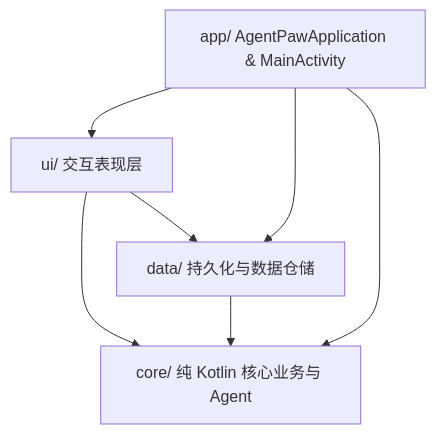
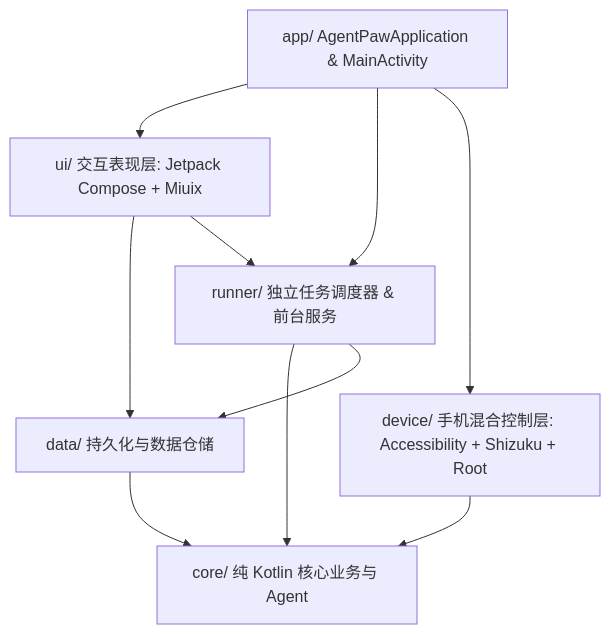
Before and after one commit to YHLFurry/AgentPaw: the first of 2 diagrams in docs/AGENT_AUDIT_AND_ROADMAP.md, drawn with Mermaid. The commit also changed other lines of this file and 41 other files, not shown here.

````diff
--- a/docs/AGENT_AUDIT_AND_ROADMAP.md
+++ b/docs/AGENT_AUDIT_AND_ROADMAP.md
@@ -11,9 +10,12 @@
 ```mermaid
 graph TD
-    UI[ui/ 交互表现层] --> DATA[data/ 持久化与数据仓储]
-    UI --> CORE[core/ 纯 Kotlin 核心业务与 Agent]
+    UI[ui/ 交互表现层: Jetpack Compose + Miuix] --> DATA[data/ 持久化与数据仓储]
+    UI --> RUNNER[runner/ 独立任务调度器 & 前台服务]
+    RUNNER --> CORE[core/ 纯 Kotlin 核心业务与 Agent]
+    RUNNER --> DATA
     DATA --> CORE
+    DEVICE[device/ 手机混合控制层: Accessibility + Shizuku + Root] --> CORE
     APP[app/ AgentPawApplication & MainActivity] --> UI
-    APP --> DATA
-    APP --> CORE
+    APP --> RUNNER
+    APP --> DEVICE
 ```
````
